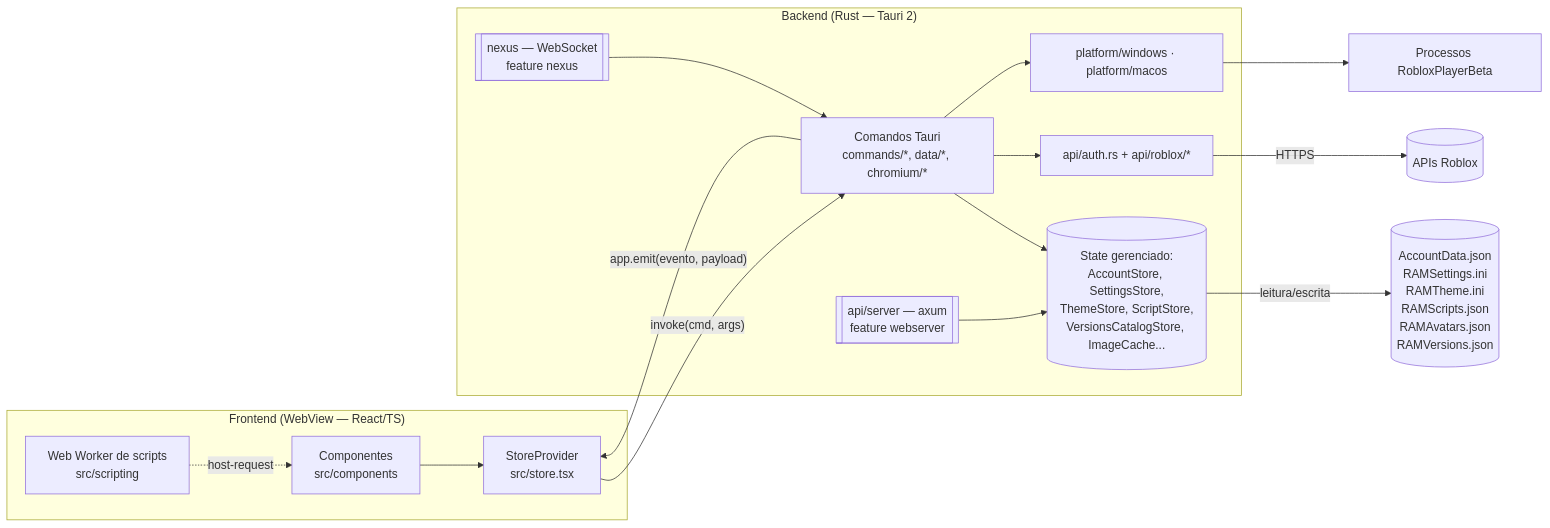
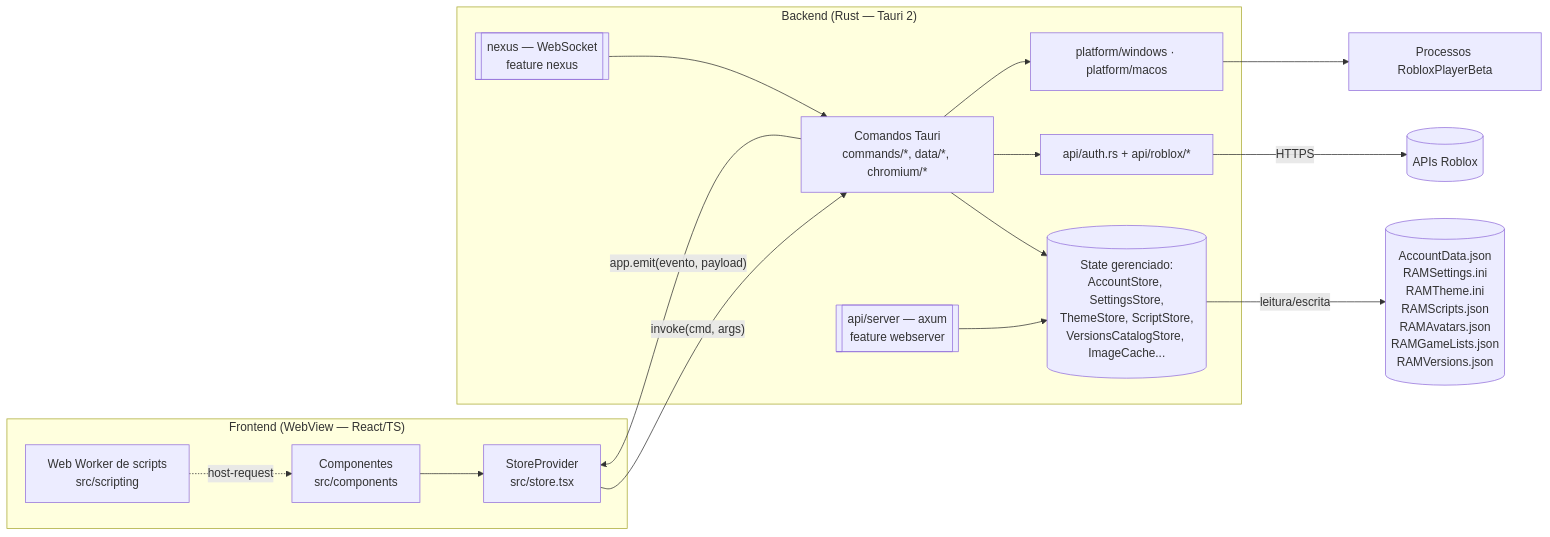
The diagram in docs/architecture.md (luanmacea/MultiAlt), drawn with Mermaid before and after one commit. The commit also changed other lines of this file and 22 other files, not shown here.

````diff
--- a/docs/architecture.md
+++ b/docs/architecture.md
@@ -5,30 +5,30 @@
 ```mermaid
 flowchart LR
     subgraph Frontend["Frontend (WebView — React/TS)"]
         UI[Componentes<br/>src/components]
         Store[StoreProvider<br/>src/store.tsx]
         Worker[Web Worker de scripts<br/>src/scripting]
         UI --> Store
         Worker -. host-request .-> UI
     end
 
     subgraph Backend["Backend (Rust — Tauri 2)"]
         Cmd[Comandos Tauri<br/>commands/*, data/*, chromium/*]
         Stores[(State gerenciado:<br/>AccountStore, SettingsStore,<br/>ThemeStore, ScriptStore,<br/>VersionsCatalogStore, ImageCache...)]
         Api[api/auth.rs + api/roblox/*]
         Plat[platform/windows · platform/macos]
         WS[[api/server — axum<br/>feature webserver]]
         NX[[nexus — WebSocket<br/>feature nexus]]
         Cmd --> Stores
         Cmd --> Api
         Cmd --> Plat
         WS --> Stores
         NX --> Cmd
     end
 
     Store -- "invoke(cmd, args)" --> Cmd
     Cmd -- "app.emit(evento, payload)" --> Store
     Api -- HTTPS --> Roblox[(APIs Roblox)]
-    Stores -- leitura/escrita --> Files[(AccountData.json<br/>RAMSettings.ini<br/>RAMTheme.ini<br/>RAMScripts.json<br/>RAMAvatars.json<br/>RAMVersions.json)]
+    Stores -- leitura/escrita --> Files[(AccountData.json<br/>RAMSettings.ini<br/>RAMTheme.ini<br/>RAMScripts.json<br/>RAMAvatars.json<br/>RAMGameLists.json<br/>RAMVersions.json)]
     Plat --> RbxProc[Processos RobloxPlayerBeta]
 ```
````
